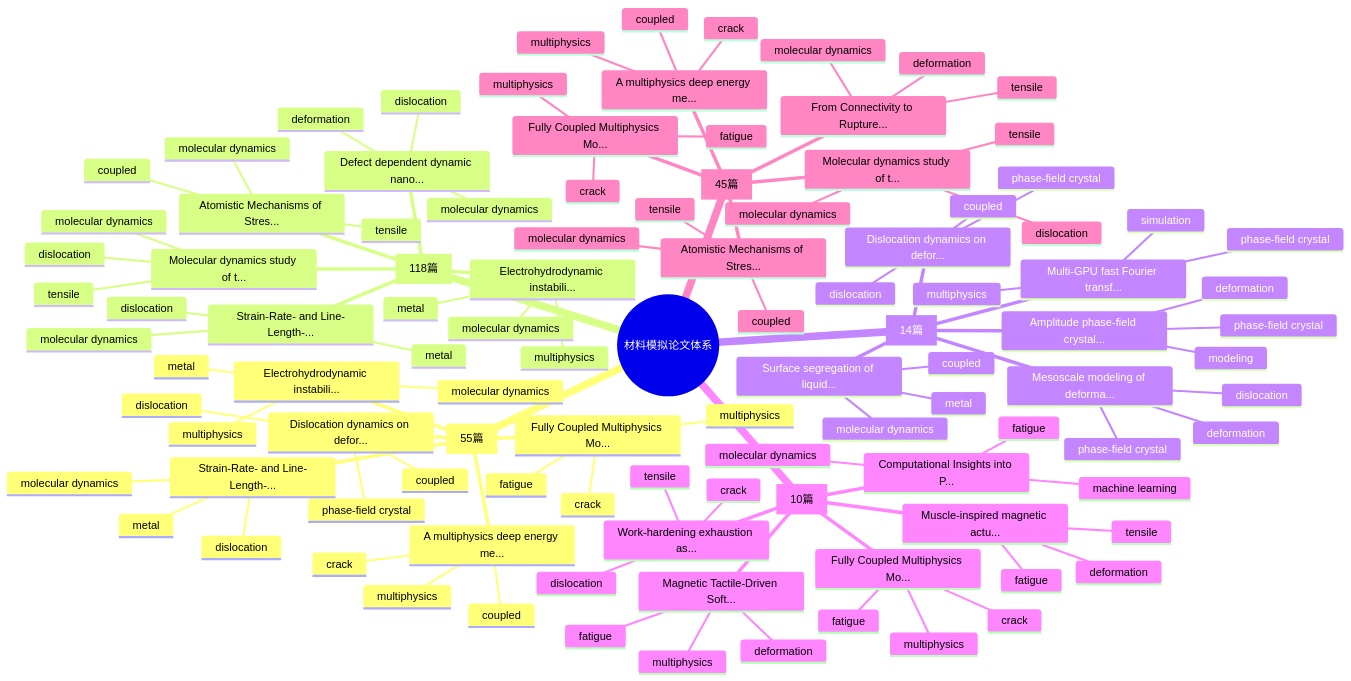
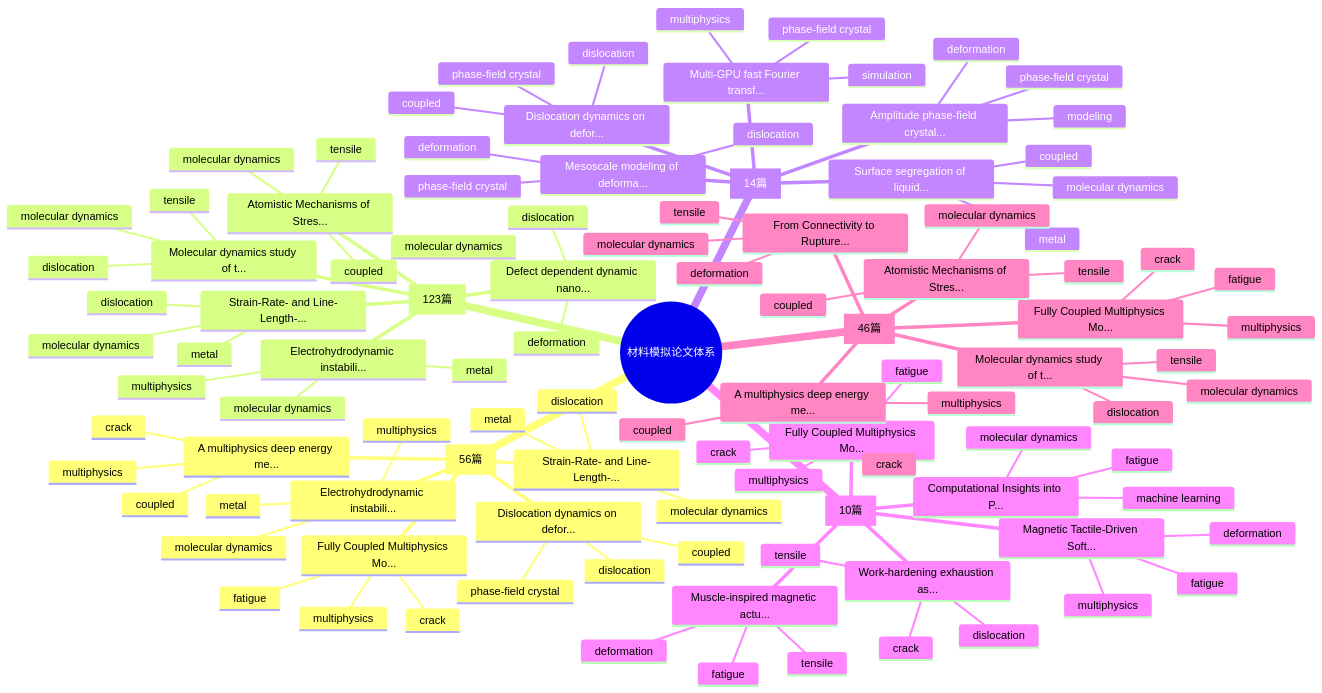
Before and after one commit to Shirakawa11111/BJK_readpaper: the first of 2 diagrams in README.md, drawn with Mermaid. The commit also changed other lines of this file and 11 other files, not shown here.

````diff
--- a/README.md
+++ b/README.md
@@ -94,7 +94,7 @@
 ```mermaid
 mindmap
   root((材料模拟论文体系))
-    Multiphysics Coupling [55篇]
+    Multiphysics Coupling [56篇]
       Fully Coupled Multiphysics Mo...
         fatigue
         multiphysics
@@ -115,7 +115,7 @@
         molecular dynamics
         dislocation
         metal
-    Molecular Dynamics [118篇]
+    Molecular Dynamics [123篇]
       Molecular dynamics study of t...
         molecular dynamics
         dislocation
@@ -178,7 +178,7 @@
         multiphysics
         fatigue
         deformation
-    Tensile / Deformation Simulation [45篇]
+    Tensile / Deformation Simulation [46篇]
       Fully Coupled Multiphysics Mo...
         fatigue
         multiphysics
````
